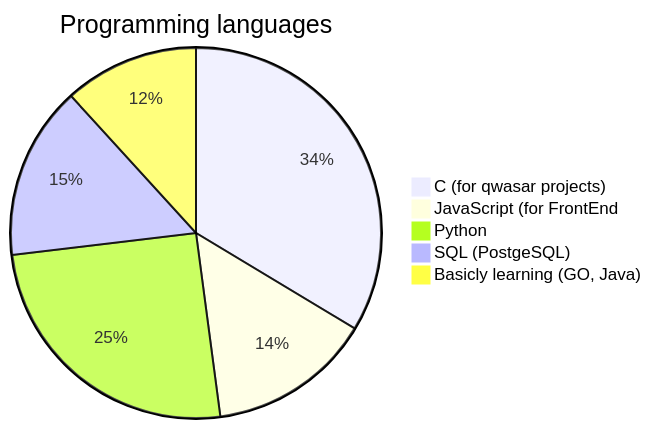
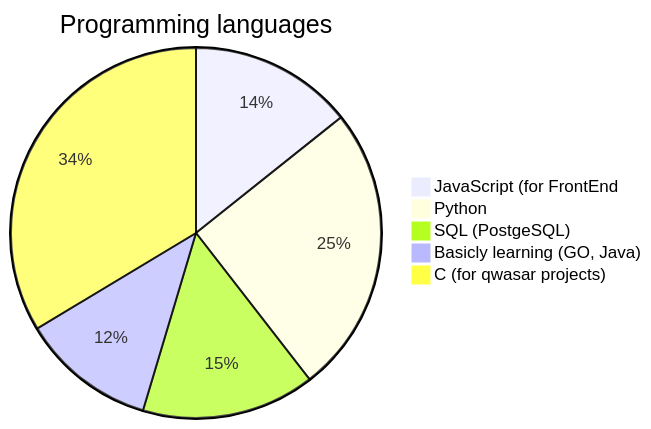
Before and after one commit to holmon-alp/holmon-alp: the diagram in README.md, drawn with Mermaid. The commit also changed other lines of this file, not shown here.

````diff
--- a/README.md
+++ b/README.md
@@ -19,9 +19,9 @@
 ```mermaid
 pie
     title Programming languages
-    "C (for qwasar projects)" : 200
     "JavaScript (for FrontEnd" : 85
     "Python" : 150
     "SQL (PostgeSQL)" : 90
     "Basicly learning (GO, Java)" : 70
+    "C (for qwasar projects)" : 200
 ```
````
